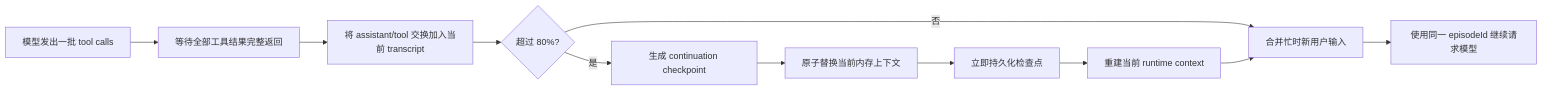
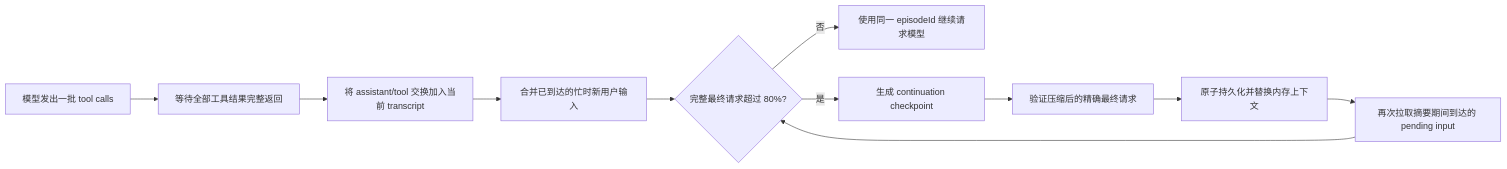
Before and after one commit to buildsense-ai/XiaoBa-CLI: the second of 3 diagrams in docs/checkpoint-compaction-v2.md, drawn with Mermaid. The commit also changed other lines of this file and 35 other files, not shown here.

Commit message:
fix(context): checkpoint instead of truncating active turns

````diff
--- a/docs/checkpoint-compaction-v2.md
+++ b/docs/checkpoint-compaction-v2.md
@@ -87,13 +89,13 @@
 ```mermaid
 flowchart LR
   A["模型发出一批 tool calls"] --> B["等待全部工具结果完整返回"]
   B --> C["将 assistant/tool 交换加入当前 transcript"]
-  C --> D{"超过 80%?"}
-  D -- "否" --> I["合并忙时新用户输入"]
-  D -- "是" --> E["生成 continuation checkpoint"]
-  E --> F["原子替换当前内存上下文"]
-  F --> G["立即持久化检查点"]
-  G --> H["重建当前 runtime context"]
-  H --> I
-  I --> J["使用同一 episodeId 继续请求模型"]
+  C --> D["合并已到达的忙时新用户输入"]
+  D --> E{"完整最终请求超过 80%?"}
+  E -- "否" --> J["使用同一 episodeId 继续请求模型"]
+  E -- "是" --> F["生成 continuation checkpoint"]
+  F --> G["验证压缩后的精确最终请求"]
+  G --> H["原子持久化并替换内存上下文"]
+  H --> I["再次拉取摘要期间到达的 pending input"]
+  I --> E
 ```
````
